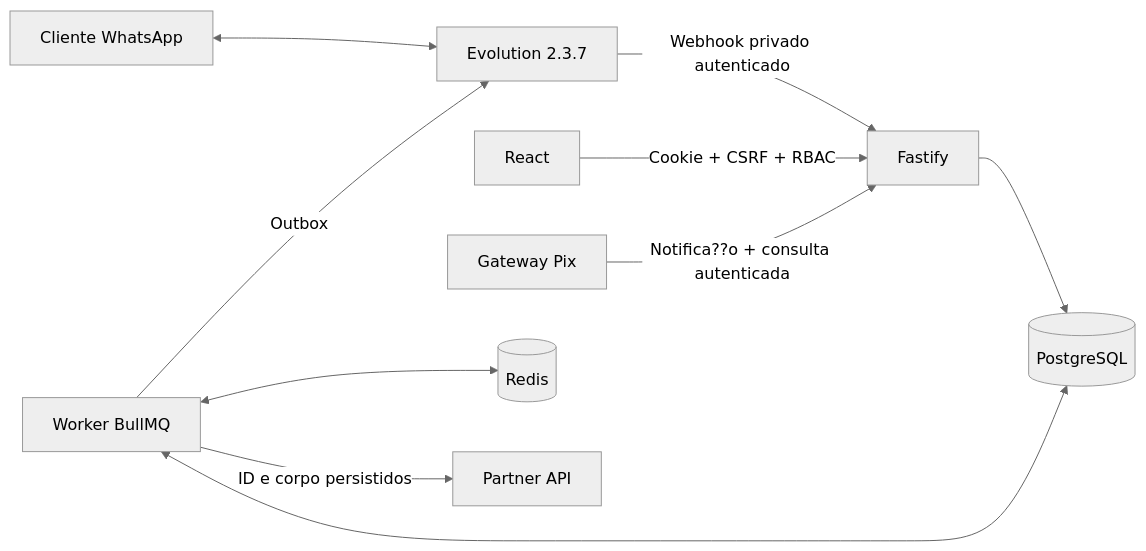
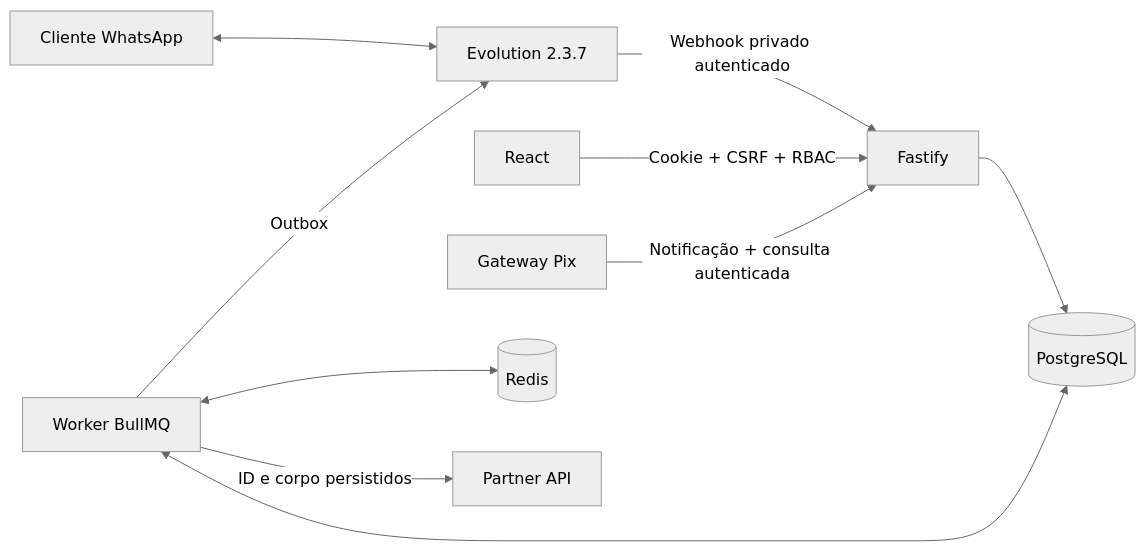
One commit to gilprodz69-lgtm/revenda-whatsapp changed the first of 2 diagrams in docs/ARQUITETURA.md. Above: the diagram before and after it, drawn with Mermaid (neutral theme). The commit also changed other lines of this file and 1 other file, not shown here.

Commit message:
docs: registrar validação completa no Ubuntu e Expay [skip ci]

````diff
--- a/docs/ARQUITETURA.md
+++ b/docs/ARQUITETURA.md
@@ -9,12 +9,12 @@
 ```mermaid
 flowchart LR
   Cliente[Cliente WhatsApp] <--> Evolution[Evolution 2.3.7]
   Evolution -->|Webhook privado autenticado| API[Fastify]
   Painel[React] -->|Cookie + CSRF + RBAC| API
-  Gateway[Gateway Pix] -->|Notifica??o + consulta autenticada| API
+  Gateway[Gateway Pix] -->|Notificação + consulta autenticada| API
   API --> DB[(PostgreSQL)]
   Worker[Worker BullMQ] <--> DB
   Worker <--> Redis[(Redis)]
   Worker -->|ID e corpo persistidos| Partner[Partner API]
   Worker -->|Outbox| Evolution
 ```
````
